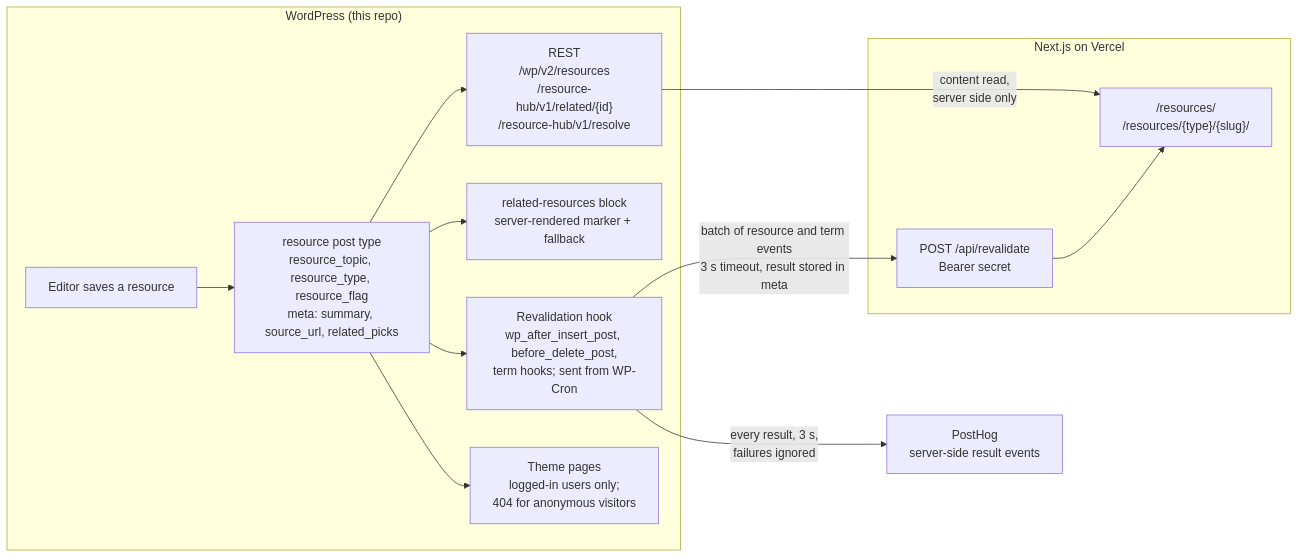
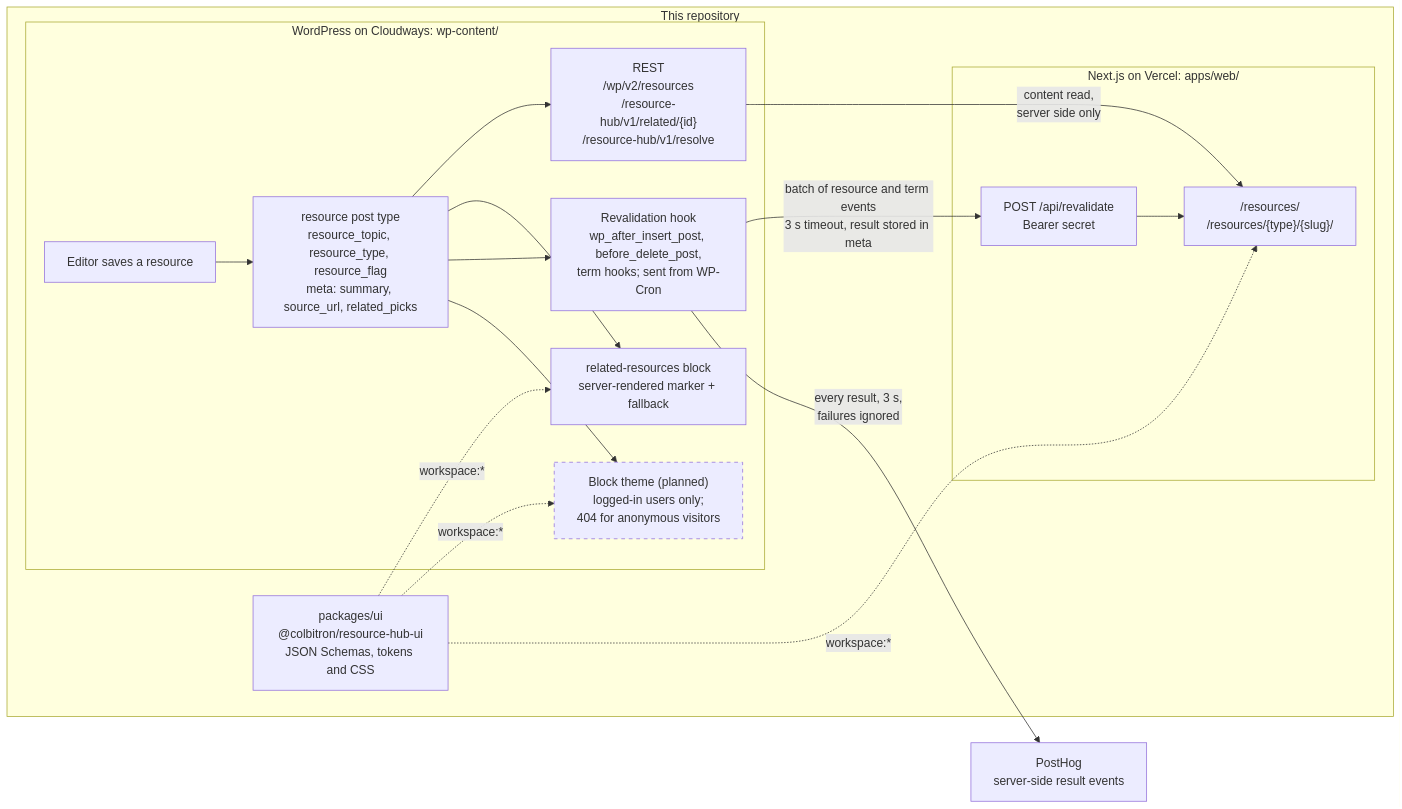
The diagram in README.md (Colbitron/resource-hub-wp), drawn with Mermaid before and after one commit. The commit also changed other lines of this file and 24 other files, not shown here.

````diff
--- a/README.md
+++ b/README.md
@@ -28,28 +44,38 @@
 ```mermaid
 flowchart LR
-    subgraph wp["WordPress (this repo)"]
-        editor["Editor saves a resource"]
-        cpt["resource post type<br/>resource_topic, resource_type, resource_flag<br/>meta: summary, source_url, related_picks"]
-        rest["REST<br/>/wp/v2/resources<br/>/resource-hub/v1/related/{id}<br/>/resource-hub/v1/resolve"]
-        block["related-resources block<br/>server-rendered marker + fallback"]
-        hook["Revalidation hook<br/>wp_after_insert_post, before_delete_post,<br/>term hooks; sent from WP-Cron"]
-        theme["Theme pages<br/>logged-in users only;<br/>404 for anonymous visitors"]
-        editor --> cpt
-        cpt --> rest
-        cpt --> block
-        cpt --> hook
-        cpt --> theme
-    end
+    subgraph repo["This repository"]
+        subgraph wp["WordPress on Cloudways: wp-content/"]
+            editor["Editor saves a resource"]
+            cpt["resource post type<br/>resource_topic, resource_type, resource_flag<br/>meta: summary, source_url, related_picks"]
+            rest["REST<br/>/wp/v2/resources<br/>/resource-hub/v1/related/{id}<br/>/resource-hub/v1/resolve"]
+            block["related-resources block<br/>server-rendered marker + fallback"]
+            hook["Revalidation hook<br/>wp_after_insert_post, before_delete_post,<br/>term hooks; sent from WP-Cron"]
+            theme["Block theme (planned)<br/>logged-in users only;<br/>404 for anonymous visitors"]
+            editor --> cpt
+            cpt --> rest
+            cpt --> block
+            cpt --> hook
+            cpt --> theme
+        end
 
-    subgraph next["Next.js on Vercel"]
-        api["POST /api/revalidate<br/>Bearer secret"]
-        pages["/resources/<br/>/resources/{type}/{slug}/"]
-        api --> pages
+        ui["packages/ui<br/>@colbitron/resource-hub-ui<br/>JSON Schemas, tokens and CSS"]
+
+        subgraph next["Next.js on Vercel: apps/web/"]
+            api["POST /api/revalidate<br/>Bearer secret"]
+            pages["/resources/<br/>/resources/{type}/{slug}/"]
+            api --> pages
+        end
     end
 
     posthog["PostHog<br/>server-side result events"]
 
     rest -->|"content read,<br/>server side only"| pages
     hook -->|"batch of resource and term events<br/>3 s timeout, result stored in meta"| api
     hook -->|"every result, 3 s,<br/>failures ignored"| posthog
+    ui -.->|"workspace:*"| block
+    ui -.->|"workspace:*"| theme
+    ui -.->|"workspace:*"| pages
+
+    classDef planned stroke-dasharray: 5 5
+    class theme planned
 ```
````
